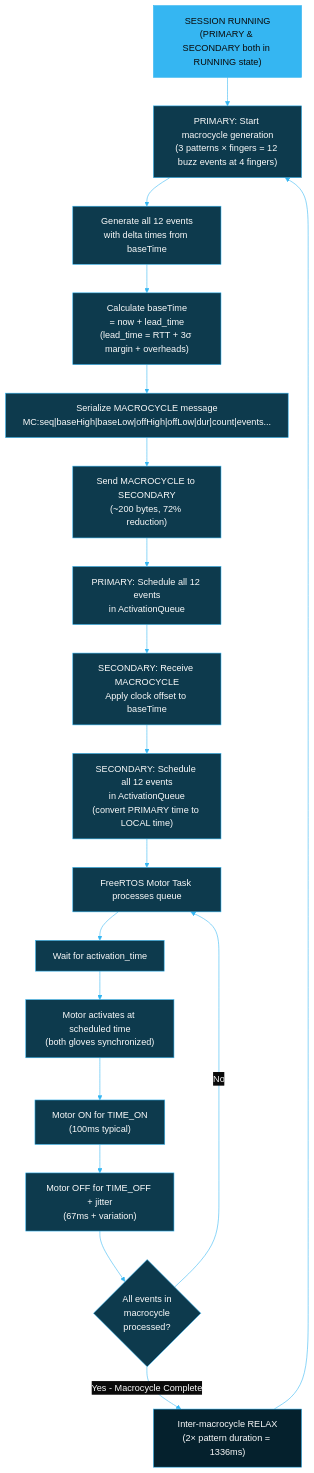
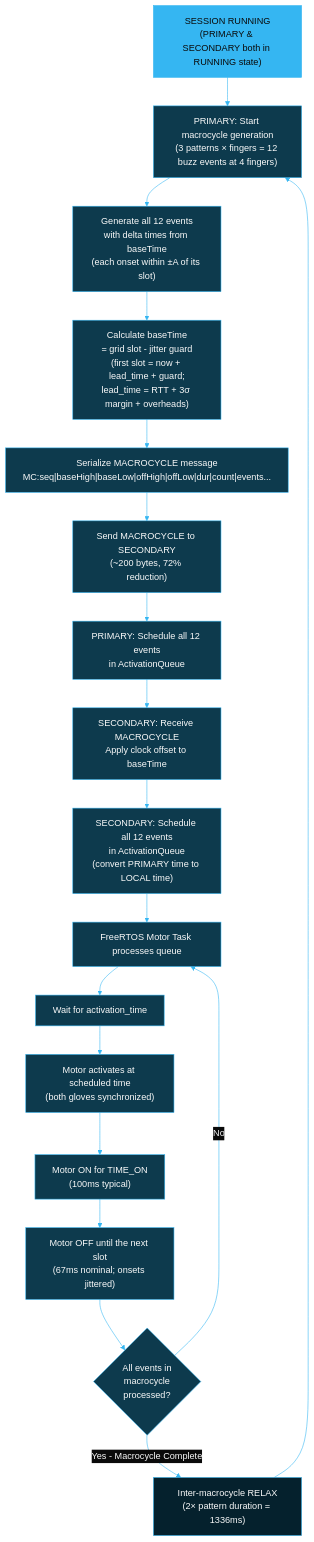
One commit to BlueBuzzah/BlueBuzzah-Firmware changed the third of 11 diagrams in docs/THERAPY_SESSION_FLOW.md. Above: the diagram before and after it, drawn with Mermaid. The commit also changed other lines of this file and 4 other files, not shown here.

Commit message:
docs(therapy): describe onset jitter and the fixed macrocycle grid

````diff
--- a/docs/THERAPY_SESSION_FLOW.md
+++ b/docs/THERAPY_SESSION_FLOW.md
@@ -176,54 +176,54 @@
 ```mermaid
 %%{init: {'theme': 'base', 'themeVariables': {
   'primaryColor': '#0d3a4d',
   'primaryTextColor': '#fafafa',
   'primaryBorderColor': '#35B6F2',
   'lineColor': '#35B6F2',
   'secondaryColor': '#05212D',
   'tertiaryColor': '#0a0a0a',
   'background': '#0a0a0a',
   'mainBkg': '#0d3a4d',
   'nodeBorder': '#35B6F2',
   'clusterBkg': '#05212D',
   'clusterBorder': '#35B6F2',
   'titleColor': '#fafafa',
   'edgeLabelBackground': '#0a0a0a'
 }}}%%
 flowchart TD
     A["SESSION RUNNING<br/>(PRIMARY & SECONDARY both in RUNNING state)"]
 
     A --> B["PRIMARY: Start macrocycle generation<br/>(3 patterns × fingers = 12 buzz events at 4 fingers)"]
 
-    B --> C["Generate all 12 events<br/>with delta times from baseTime"]
+    B --> C["Generate all 12 events<br/>with delta times from baseTime<br/>(each onset within ±A of its slot)"]
 
-    C --> D["Calculate baseTime<br/>= now + lead_time<br/>(lead_time = RTT + 3σ margin + overheads)"]
+    C --> D["Calculate baseTime<br/>= grid slot - jitter guard<br/>(first slot = now + lead_time + guard;<br/>lead_time = RTT + 3σ margin + overheads)"]
 
     D --> E["Serialize MACROCYCLE message<br/>MC:seq|baseHigh|baseLow|offHigh|offLow|dur|count|events..."]
 
     E --> F["Send MACROCYCLE to SECONDARY<br/>(~200 bytes, 72% reduction)"]
 
     F --> G["PRIMARY: Schedule all 12 events<br/>in ActivationQueue"]
     G --> H["SECONDARY: Receive MACROCYCLE<br/>Apply clock offset to baseTime"]
     H --> I["SECONDARY: Schedule all 12 events<br/>in ActivationQueue<br/>(convert PRIMARY time to LOCAL time)"]
 
     I --> J["FreeRTOS Motor Task processes queue"]
 
     J --> K["Wait for activation_time"]
 
     K --> L["Motor activates at scheduled time<br/>(both gloves synchronized)"]
 
     L --> M["Motor ON for TIME_ON<br/>(100ms typical)"]
 
-    M --> N["Motor OFF for TIME_OFF + jitter<br/>(67ms + variation)"]
+    M --> N["Motor OFF until the next slot<br/>(67ms nominal; onsets jittered)"]
 
     N --> O{All events in<br/>macrocycle<br/>processed?}
 
     O -->|No| J
 
     O -->|Yes - Macrocycle Complete| S["Inter-macrocycle RELAX<br/>(2× pattern duration = 1336ms)"]
 
     S --> B
 
     style A fill:#35B6F2,color:#0a0a0a
     style S fill:#05212D,color:#fafafa
 ```
````
